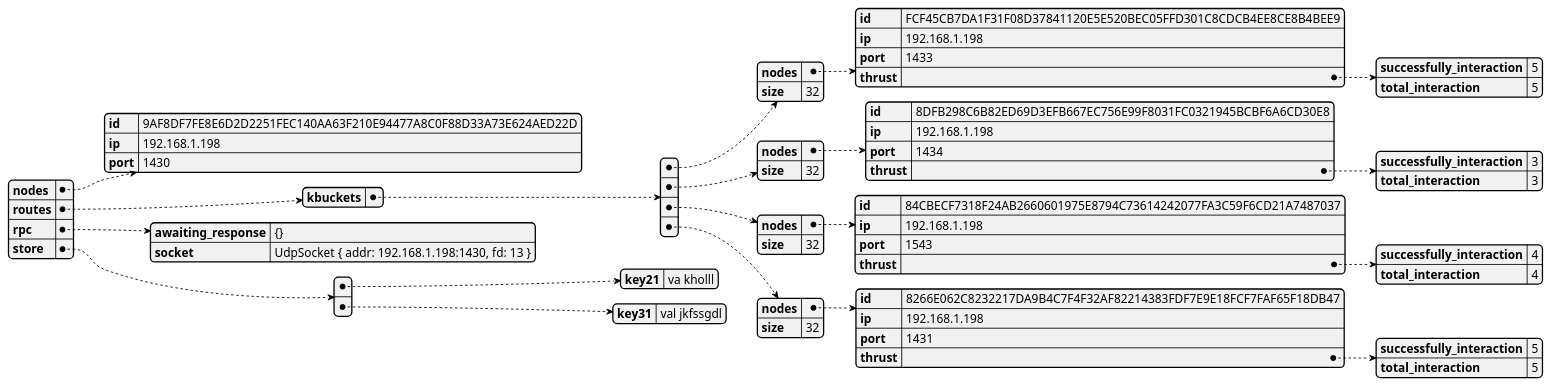
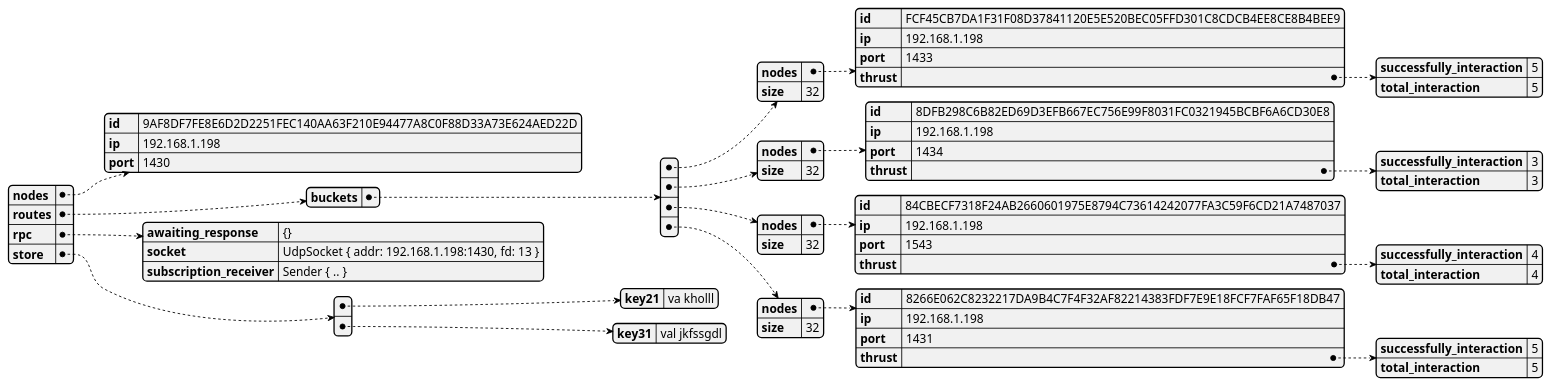
Before and after one commit to GoliathHagar/distributed_legder_kademlia: the diagram in src/distributed_legder/state_dumps/test-contact-1.json.plantuml, drawn with PlantUML. The commit also changed 27 other files, not shown here.

```diff
--- a/src/distributed_legder/state_dumps/test-contact-1.json.plantuml
+++ b/src/distributed_legder/state_dumps/test-contact-1.json.plantuml
@@ -1,3 +1,3 @@
 @startjson
-{"nodes":{"id":"9AF8DF7FE8E6D2D2251FEC140AA63F210E94477A8C0F88D33A73E624AED22D","ip":"192.168.1.198","port":1430},"routes":{"kbuckets":[{"nodes":{"id":"FCF45CB7DA1F31F08D37841120E5E520BEC05FFD301C8CDCB4EE8CE8B4BEE9","ip":"192.168.1.198","port":1433,"thrust":{"successfully_interaction":5,"total_interaction":5}},"size":32},{"nodes":{"id":"8DFB298C6B82ED69D3EFB667EC756E99F8031FC0321945BCBF6A6CD30E8","ip":"192.168.1.198","port":1434,"thrust":{"successfully_interaction":3,"total_interaction":3}},"size":32},{"nodes":{"id":"84CBECF7318F24AB2660601975E8794C73614242077FA3C59F6CD21A7487037","ip":"192.168.1.198","port":1543,"thrust":{"successfully_interaction":4,"total_interaction":4}},"size":32},{"nodes":{"id":"8266E062C8232217DA9B4C7F4F32AF82214383FDF7E9E18FCF7FAF65F18DB47","ip":"192.168.1.198","port":1431,"thrust":{"successfully_interaction":5,"total_interaction":5}},"size":32}]},"rpc":{"awaiting_response":"{}","socket":"UdpSocket { addr: 192.168.1.198:1430, fd: 13 }"},"store":[{"key21":"va kholll"},{"key31":"val jkfssgdl"}]}
+{"nodes":{"id":"9AF8DF7FE8E6D2D2251FEC140AA63F210E94477A8C0F88D33A73E624AED22D","ip":"192.168.1.198","port":1430},"routes":{"buckets":[{"nodes":{"id":"FCF45CB7DA1F31F08D37841120E5E520BEC05FFD301C8CDCB4EE8CE8B4BEE9","ip":"192.168.1.198","port":1433,"thrust":{"successfully_interaction":5,"total_interaction":5}},"size":32},{"nodes":{"id":"8DFB298C6B82ED69D3EFB667EC756E99F8031FC0321945BCBF6A6CD30E8","ip":"192.168.1.198","port":1434,"thrust":{"successfully_interaction":3,"total_interaction":3}},"size":32},{"nodes":{"id":"84CBECF7318F24AB2660601975E8794C73614242077FA3C59F6CD21A7487037","ip":"192.168.1.198","port":1543,"thrust":{"successfully_interaction":4,"total_interaction":4}},"size":32},{"nodes":{"id":"8266E062C8232217DA9B4C7F4F32AF82214383FDF7E9E18FCF7FAF65F18DB47","ip":"192.168.1.198","port":1431,"thrust":{"successfully_interaction":5,"total_interaction":5}},"size":32}]},"rpc":{"awaiting_response":"{}","socket":"UdpSocket { addr: 192.168.1.198:1430, fd: 13 }","subscription_receiver":"Sender { .. }"},"store":[{"key21":"va kholll"},{"key31":"val jkfssgdl"}]}
 @endjson
```
